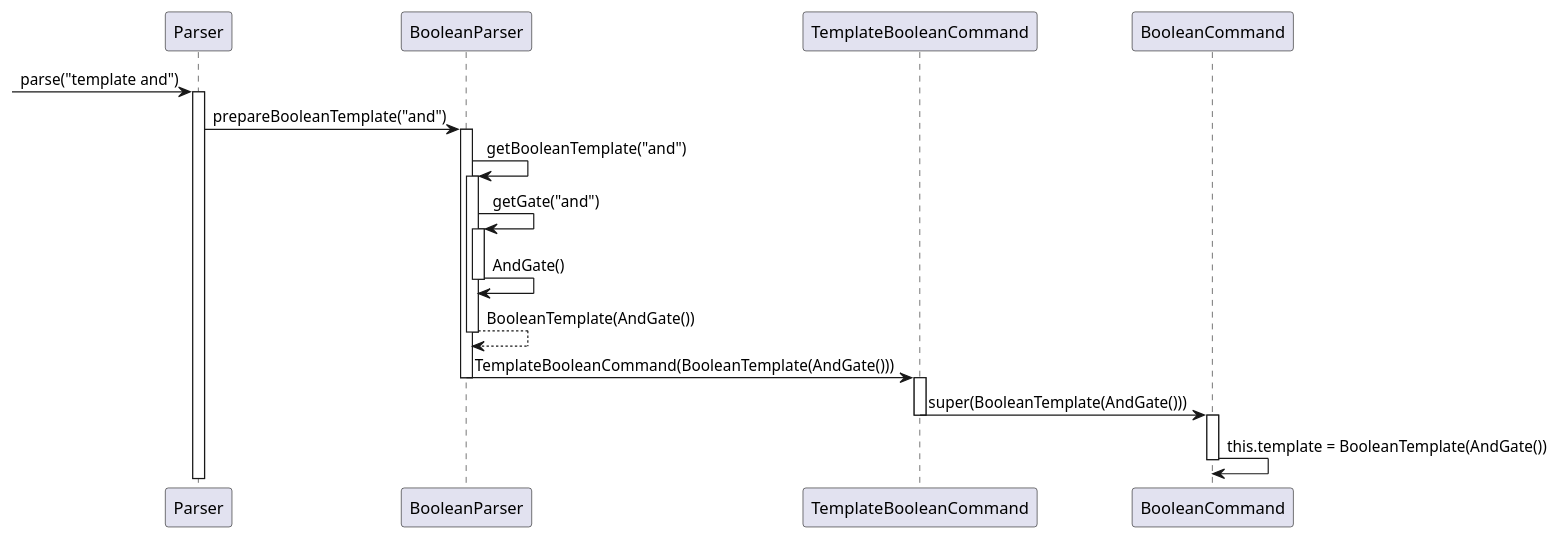
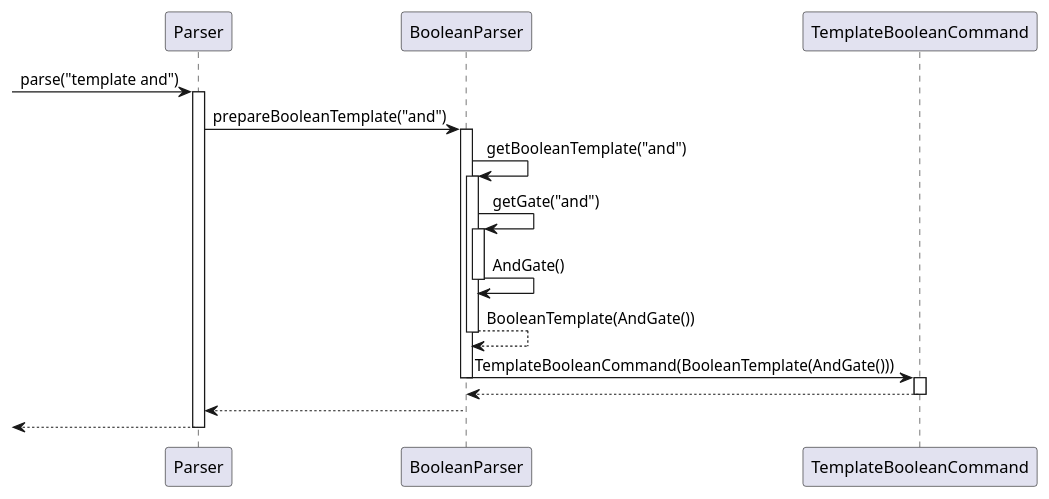
The diagram in docs/diagrams/TemplateBooleanCommand.puml (sevenseasofbri/tp), drawn with PlantUML before and after one commit.

```diff
--- a/docs/diagrams/TemplateBooleanCommand.puml
+++ b/docs/diagrams/TemplateBooleanCommand.puml
@@ -1,41 +1,41 @@
 @startuml
 [->Parser: parse("template and")
 
 activate Parser
 
 Parser-> BooleanParser: prepareBooleanTemplate("and")
 
 activate BooleanParser
 
 BooleanParser -> BooleanParser: getBooleanTemplate("and")
 
 activate BooleanParser
 
 BooleanParser -> BooleanParser: getGate("and")
 
 activate BooleanParser
 
 BooleanParser -> BooleanParser: AndGate()
 
 deactivate BooleanParser
 
 BooleanParser --> BooleanParser: BooleanTemplate(AndGate())
 
 deactivate BooleanParser
 
 BooleanParser -> TemplateBooleanCommand: TemplateBooleanCommand(BooleanTemplate(AndGate()))
 
 deactivate BooleanParser
 
 activate TemplateBooleanCommand
 
-TemplateBooleanCommand -> BooleanCommand: super(BooleanTemplate(AndGate()))
+TemplateBooleanCommand --> BooleanParser
+deactivate TemplateBooleanCommand 
 
-deactivate TemplateBooleanCommand
+BooleanParser --> Parser
+deactivate BooleanParser
 
-activate BooleanCommand
+[<-- Parser
+deactivate Parser
 
-BooleanCommand -> BooleanCommand: this.template = BooleanTemplate(AndGate())
-
-deactivate BooleanCommand
 @enduml
```
